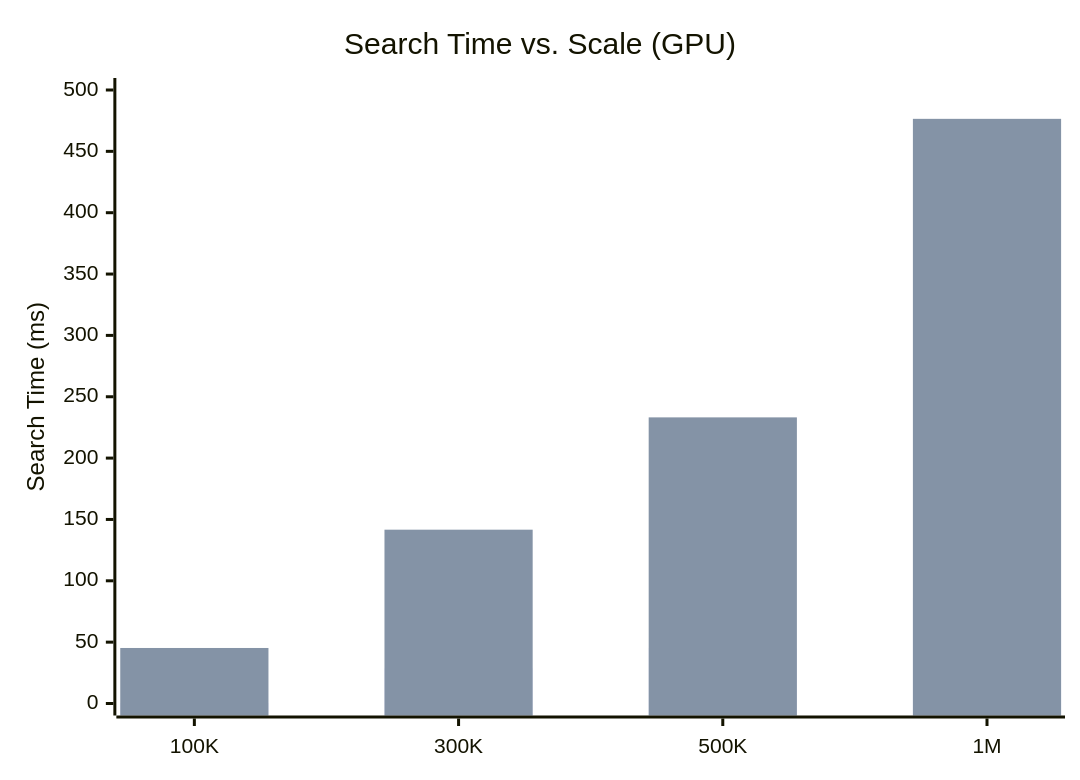
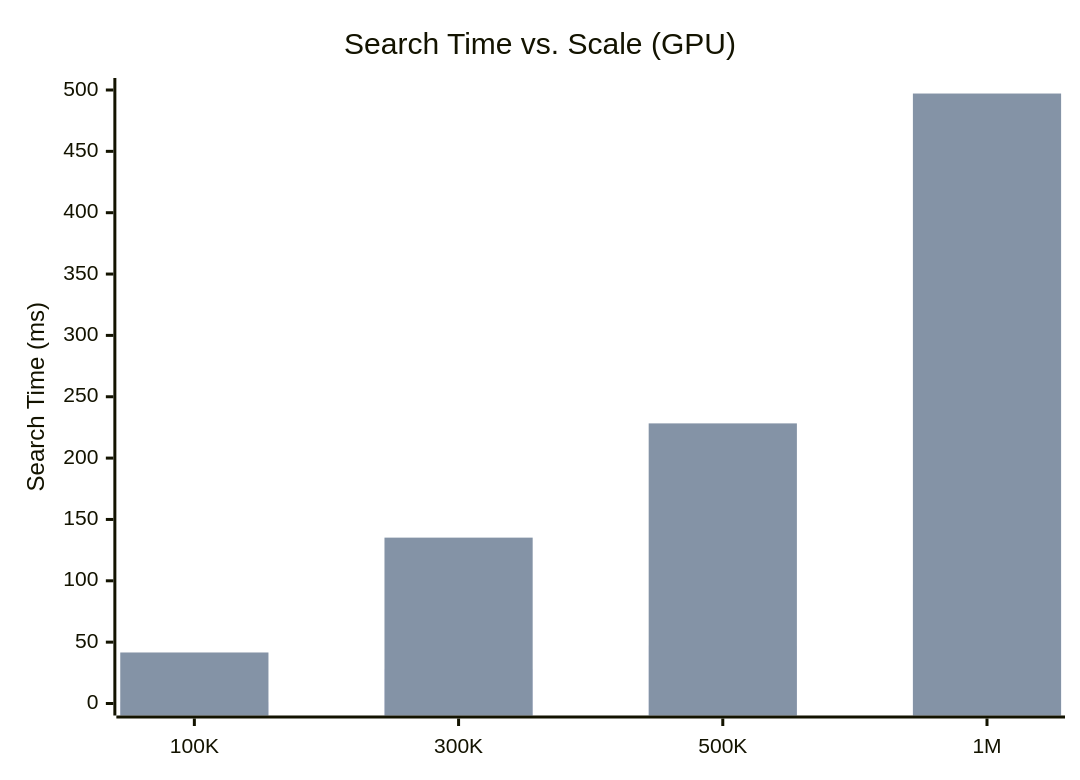
Before and after one commit to Mathew005/learning-turboquant: the diagram in pyturboquant Benchmark Report.md, drawn with Mermaid. The commit also changed other lines of this file, not shown here.

````diff
--- a/pyturboquant Benchmark Report.md
+++ b/pyturboquant Benchmark Report.md
@@ -225,8 +229,8 @@
 ```mermaid
 xychart-beta
     title "Search Time vs. Scale (GPU)"
     x-axis ["100K", "300K", "500K", "1M"]
     y-axis "Search Time (ms)" 0 --> 500
-    bar [0.47, 28.73, 45.11, 86.20]
-    bar [45.25, 141.66, 233.19, 476.49]
+    bar [1.07, 28.05, 47.20, 97.09]
+    bar [41.58, 135.18, 228.29, 497.12]
 ```
````
